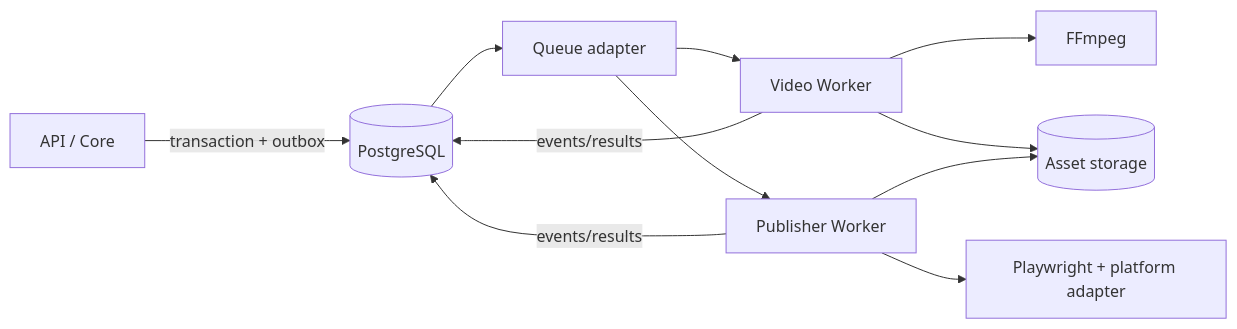
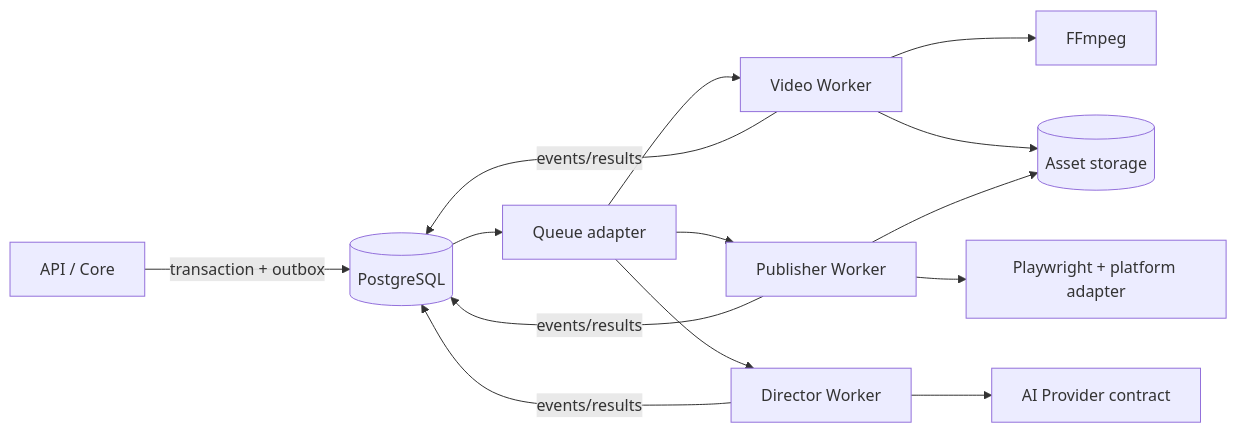
The diagram in docs/architecture/WORKER_ARCHITECTURE_V0.md (zjwjoey/ContentOS), drawn with Mermaid before and after one commit. The commit also changed other lines of this file and 8 other files, not shown here.

Commit message:
docs: record director worker architecture decision

````diff
--- a/docs/architecture/WORKER_ARCHITECTURE_V0.md
+++ b/docs/architecture/WORKER_ARCHITECTURE_V0.md
@@ -7,13 +7,16 @@
 ```mermaid
 flowchart LR
     API[API / Core] -->|transaction + outbox| DB[(PostgreSQL)]
     DB --> Q[Queue adapter]
     Q --> VW[Video Worker]
     Q --> PW[Publisher Worker]
+    Q --> DW[Director Worker]
     VW -->|events/results| DB
     PW -->|events/results| DB
+    DW -->|events/results| DB
     VW --> FF[FFmpeg]
     PW --> BR[Playwright + platform adapter]
+    DW --> AI[AI Provider contract]
     VW --> ST[(Asset storage)]
     PW --> ST
 ```
````
